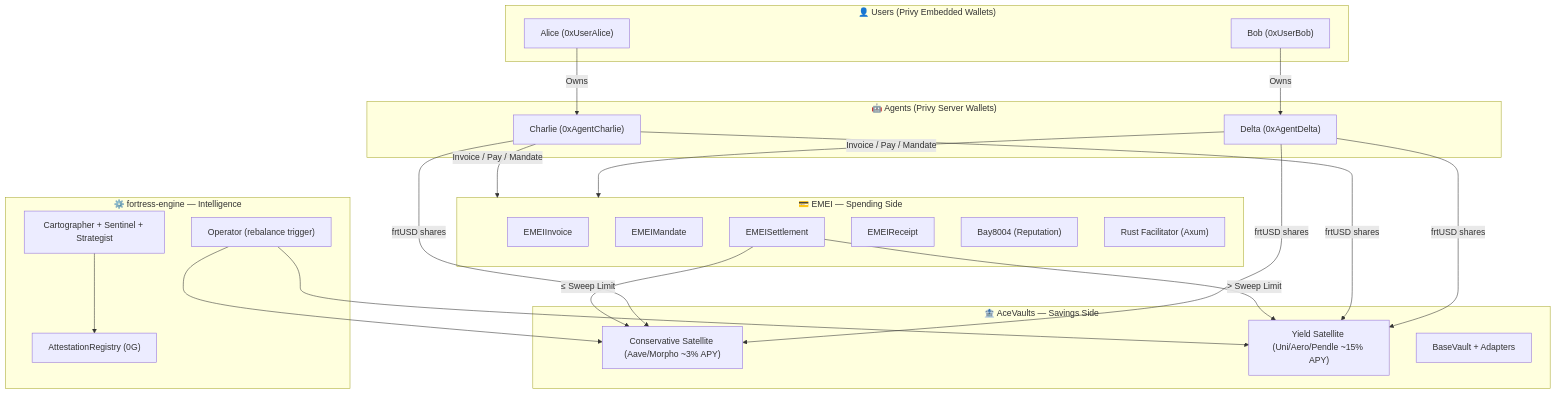
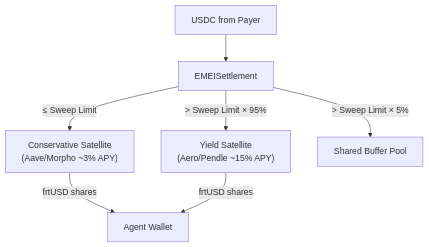
Before and after one commit to itsme-boii/archetectures: the second of 2 diagrams in README.md, drawn with Mermaid. The commit also changed other lines of this file, not shown here.

````diff
--- a/README.md
+++ b/README.md
@@ -9,44 +140,9 @@
 ```mermaid
-flowchart TB
-    subgraph Users["👤 Users (Privy Embedded Wallets)"]
-        U1["Alice (0xUserAlice)"]
-        U2["Bob (0xUserBob)"]
-    end
-
-    subgraph Agents["🤖 Agents (Privy Server Wallets)"]
-        A1["Charlie (0xAgentCharlie)"]
-        A2["Delta (0xAgentDelta)"]
-    end
-
-    U1 -->|"Owns"| A1
-    U2 -->|"Owns"| A2
-
-    subgraph EMEI["💳 EMEI — Spending Side"]
-        INV["EMEIInvoice"]
-        MAN["EMEIMandate"]
-        SET["EMEISettlement"]
-        REC["EMEIReceipt"]
-        BAY["Bay8004 (Reputation)"]
-        FAC["Rust Facilitator (Axum)"]
-    end
-
-    subgraph Vaults["🏦 AceVaults — Savings Side"]
-        CON["Conservative Satellite (Aave/Morpho ~3% APY)"]
-        YLD["Yield Satellite (Uni/Aero/Pendle ~15% APY)"]
-        BV["BaseVault + Adapters"]
-    end
-
-    subgraph Engine["⚙️ fortress-engine — Intelligence"]
-        AGENTS["Cartographer + Sentinel + Strategist"]
-        OP["Operator (rebalance trigger)"]
-        ATT["AttestationRegistry (0G)"]
-    end
-
-    A1 & A2 -->|"Invoice / Pay / Mandate"| EMEI
-    SET -->|"≤ Sweep Limit"| CON
-    SET -->|"> Sweep Limit"| YLD
-    A1 -->|"frtUSD shares"| CON & YLD
-    A2 -->|"frtUSD shares"| CON & YLD
-    AGENTS --> ATT
-    OP --> CON & YLD
+flowchart TD
+    USDC["USDC from Payer"] --> SETTLE["EMEISettlement"]
+    SETTLE -->|"≤ Sweep Limit"| CON["Conservative Satellite<br/>(Aave/Morpho ~3% APY)"]
+    SETTLE -->|"> Sweep Limit × 95%"| YLD["Yield Satellite<br/>(Aero/Pendle ~15% APY)"]
+    SETTLE -->|"> Sweep Limit × 5%"| BUF["Shared Buffer Pool"]
+    CON -->|"frtUSD shares"| AGENT["Agent Wallet"]
+    YLD -->|"frtUSD shares"| AGENT
 ```
````
